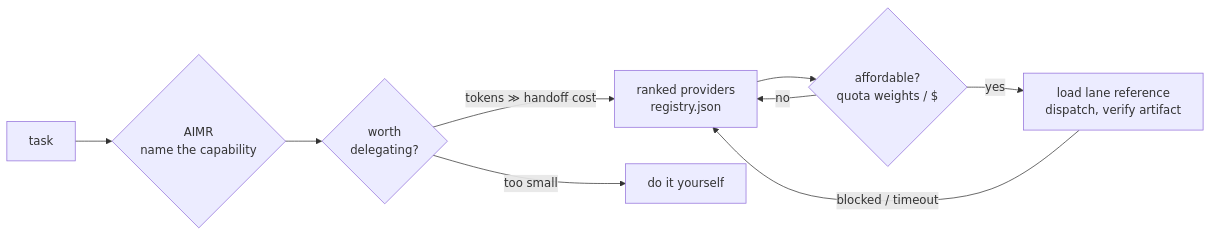
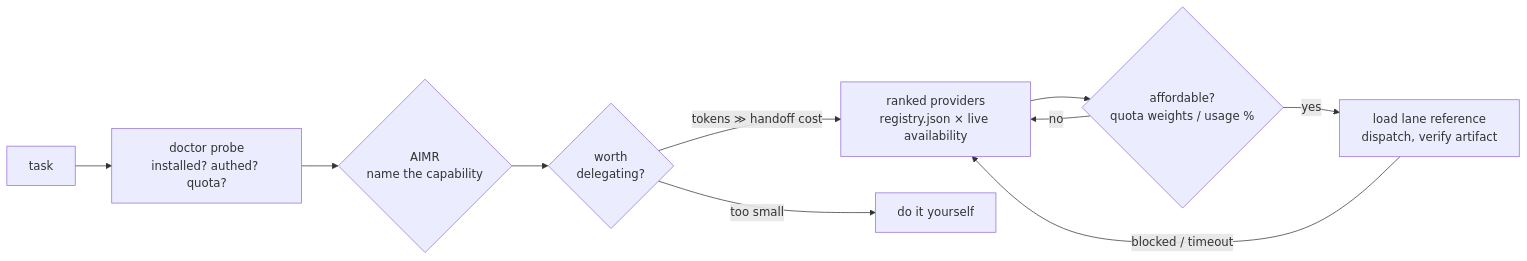
Before and after one commit to amirhjalali/aimr: the diagram in README.md, drawn with Mermaid. The commit also changed other lines of this file and 19 other files, not shown here.

First line of the commit message:
AIMR v2.1 — the doctor: availability/usage probe layer

````diff
--- a/README.md
+++ b/README.md
@@ -12,11 +12,12 @@
 ```mermaid
 flowchart LR
-    A[task] --> B{AIMR<br/>name the capability}
+    A[task] --> P[doctor probe<br/>installed? authed? quota?]
+    P --> B{AIMR<br/>name the capability}
     B --> C{worth<br/>delegating?}
-    C -->|"tokens ≫ handoff cost"| D[ranked providers<br/>registry.json]
+    C -->|"tokens ≫ handoff cost"| D[ranked providers<br/>registry.json × live availability]
     C -->|too small| E[do it yourself]
-    D --> F{affordable?<br/>quota weights / $}
+    D --> F{affordable?<br/>quota weights / usage %}
     F -->|yes| G[load lane reference<br/>dispatch, verify artifact]
     F -->|no| D
     G -->|blocked / timeout| D
 ```
````
